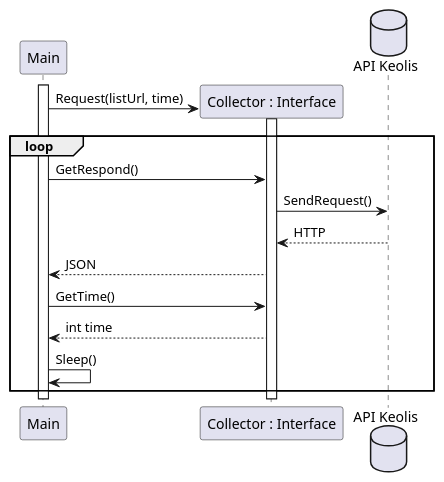
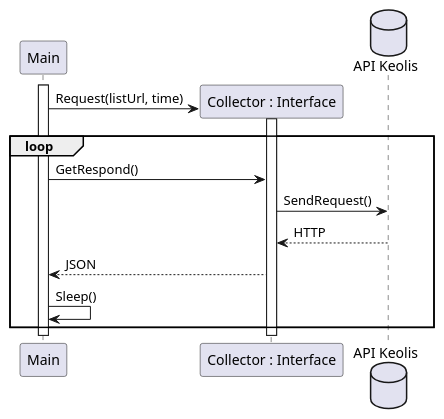
The first of 2 diagrams in diagrams/collector/SequenceDiagramCollector.puml (ESIR2-PROJET-KEOLIS/design), drawn with PlantUML before and after one commit.

Commit message:
Update SequenceDiagramCollector.puml
delete getTime()

```diff
--- a/diagrams/collector/SequenceDiagramCollector.puml
+++ b/diagrams/collector/SequenceDiagramCollector.puml
@@ -1,18 +1,16 @@
 @startuml SequenceCollector
 participant Main
 activate Main
 create "Collector : Interface" as Col 
 Main -> Col : Request(listUrl, time)
 database "API Keolis" as API
 activate Col
 loop 
 Main-> Col : GetRespond()
 Col -> API : SendRequest()
 API --> Col : HTTP
 Col --> Main: JSON
-Main-> Col : GetTime()
-Main<-- Col : int time
 Main-> Main: Sleep()
 end
 
 @enduml
```
